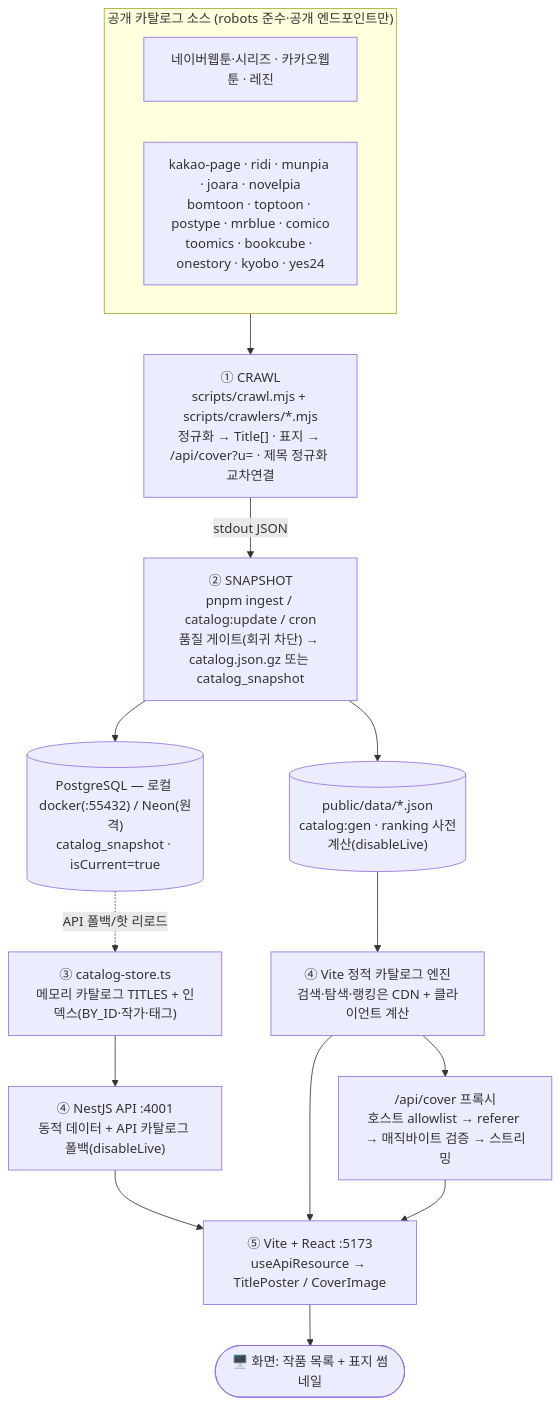
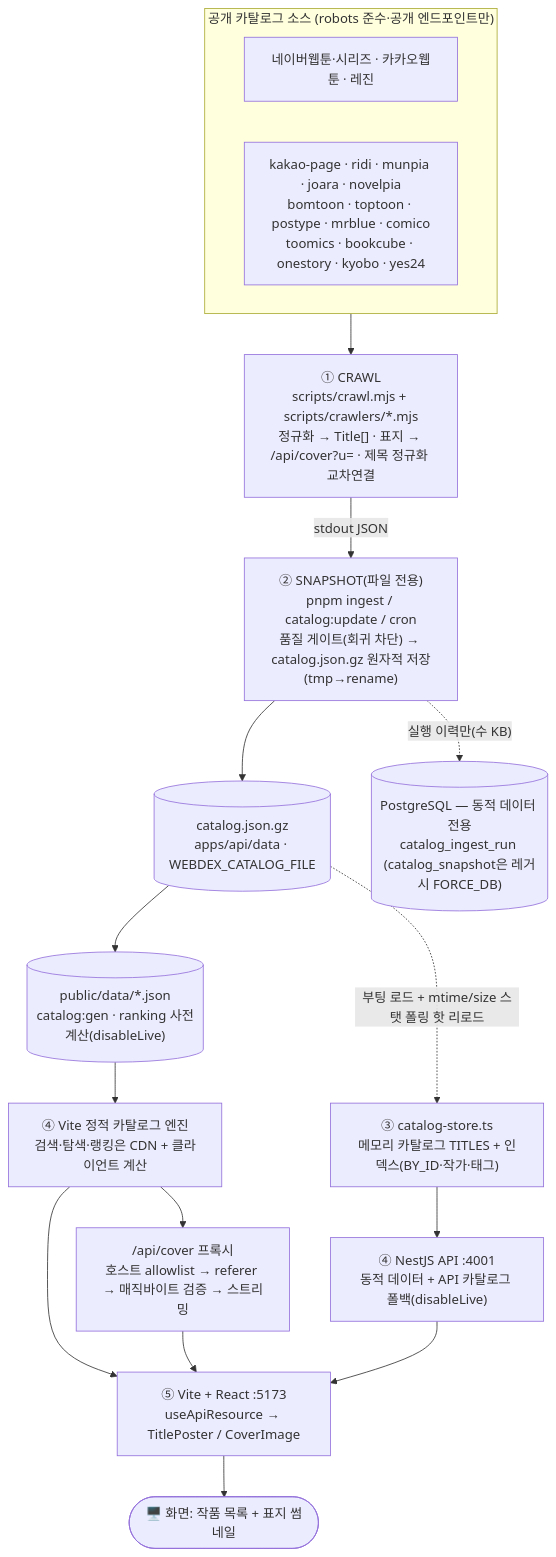
The diagram in docs/data-pipeline.md (blue45f/toonspectrum), drawn with Mermaid before and after one commit. The commit also changed other lines of this file and 74 other files, not shown here.

````diff
--- a/docs/data-pipeline.md
+++ b/docs/data-pipeline.md
@@ -10,20 +11,21 @@
 ```mermaid
 flowchart TD
     subgraph SRC["공개 카탈로그 소스 (robots 준수·공개 엔드포인트만)"]
       A["네이버웹툰·시리즈 · 카카오웹툰 · 레진"]
       B["kakao-page · ridi · munpia · joara · novelpia<br/>bomtoon · toptoon · postype · mrblue · comico<br/>toomics · bookcube · onestory · kyobo · yes24"]
     end
 
     SRC --> C["① CRAWL<br/>scripts/crawl.mjs + scripts/crawlers/*.mjs<br/>정규화 → Title[] · 표지 → /api/cover?u= · 제목 정규화 교차연결"]
-    C -->|stdout JSON| D["② SNAPSHOT<br/>pnpm ingest / catalog:update / cron<br/>품질 게이트(회귀 차단) → catalog.json.gz 또는 catalog_snapshot"]
-    D --> DB[("PostgreSQL — 로컬 docker(:55432) / Neon(원격)<br/>catalog_snapshot · isCurrent=true")]
-    D --> STATIC[("public/data/*.json<br/>catalog:gen · ranking 사전계산(disableLive)")]
-    DB -. API 폴백/핫 리로드 .-> E["③ catalog-store.ts<br/>메모리 카탈로그 TITLES + 인덱스(BY_ID·작가·태그)"]
+    C -->|stdout JSON| D["② SNAPSHOT(파일 전용)<br/>pnpm ingest / catalog:update / cron<br/>품질 게이트(회귀 차단) → catalog.json.gz 원자적 저장(tmp→rename)"]
+    D --> GZ[("catalog.json.gz<br/>apps/api/data · WEBDEX_CATALOG_FILE")]
+    D -. 실행 이력만(수 KB) .-> DB[("PostgreSQL — 동적 데이터 전용<br/>catalog_ingest_run (catalog_snapshot은 레거시 FORCE_DB)")]
+    GZ --> STATIC[("public/data/*.json<br/>catalog:gen · ranking 사전계산(disableLive)")]
+    GZ -. 부팅 로드 + mtime/size 스탯 폴링 핫 리로드 .-> E["③ catalog-store.ts<br/>메모리 카탈로그 TITLES + 인덱스(BY_ID·작가·태그)"]
     STATIC --> F["④ Vite 정적 카탈로그 엔진<br/>검색·탐색·랭킹은 CDN + 클라이언트 계산"]
     E --> API["④ NestJS API :4001<br/>동적 데이터 + API 카탈로그 폴백(disableLive)"]
     F --> G["⑤ Vite + React :5173<br/>useApiResource → TitlePoster / CoverImage"]
     API --> G
     F --> COV["/api/cover 프록시<br/>호스트 allowlist → referer → 매직바이트 검증 → 스트리밍"]
     COV --> G
     G --> SCREEN(["🖥️ 화면: 작품 목록 + 표지 썸네일"])
 ```
````
